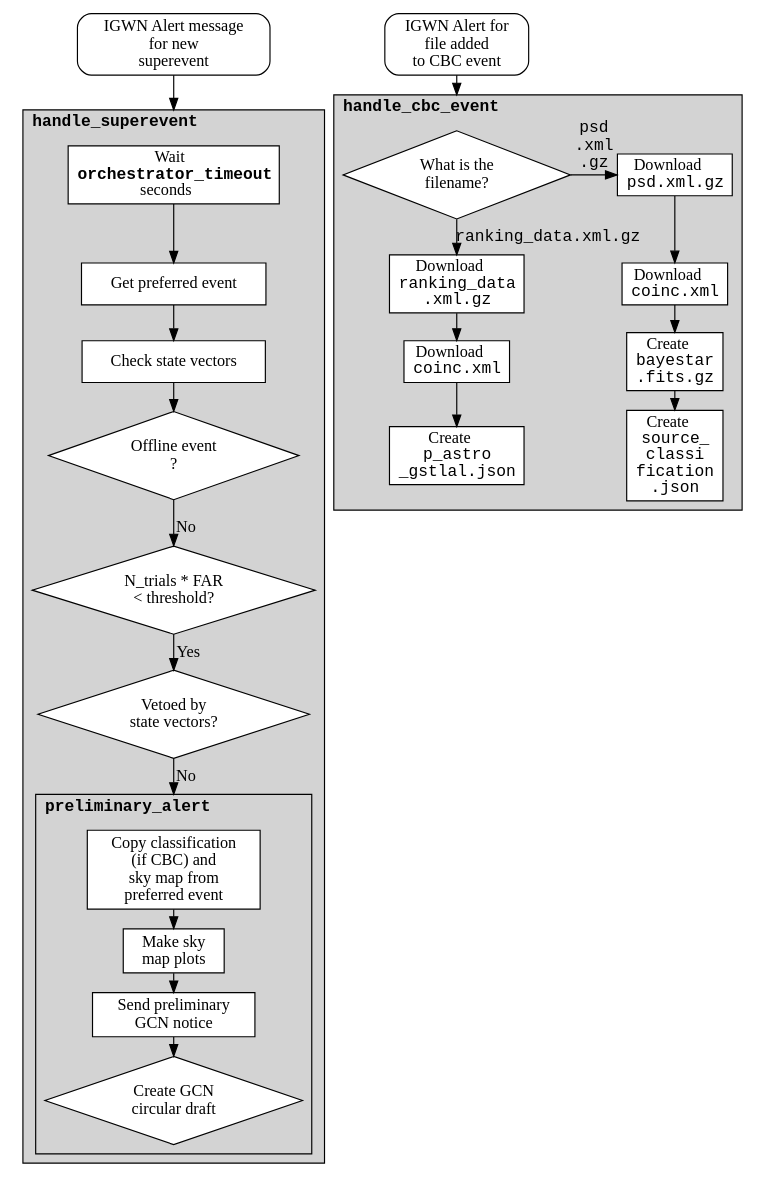
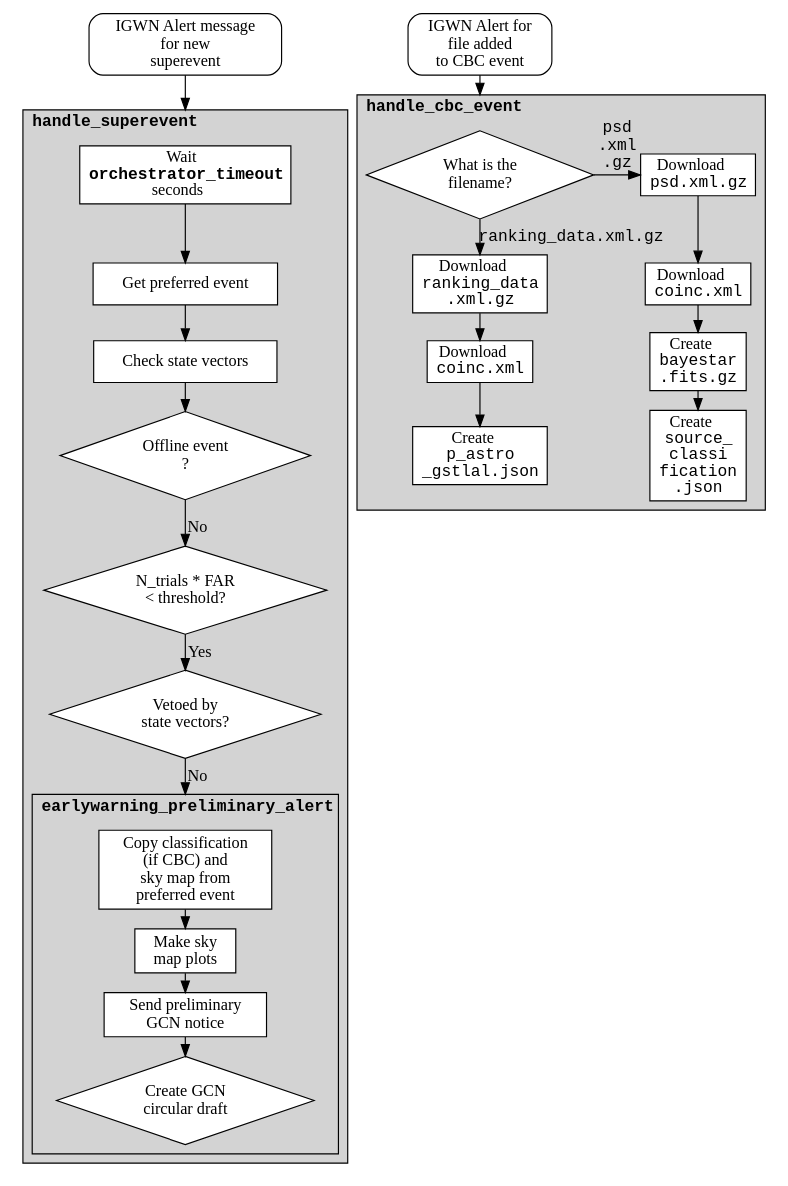
Before and after one commit to lpsinger/gwcelery: the first of 3 diagrams in doc/gwcelery.tasks.orchestrator.rst, drawn with Graphviz. The commit also changed other lines of this file, not shown here.

Commit message:
Update function names in docs

```diff
--- a/doc/gwcelery.tasks.orchestrator.rst
+++ b/doc/gwcelery.tasks.orchestrator.rst
@@ -34,4 +34,4 @@
-.. digraph:: preliminary_alert
+.. digraph:: earlywarning_preliminary_alert
 
     compound = true
     nodesep = 0.1
@@ -89,8 +89,8 @@
         ]
 
         subgraph cluster_preliminary_alert {
-            href = "../gwcelery.tasks.orchestrator.html#gwcelery.tasks.orchestrator.preliminary_alert"
-            label = <<B><FONT face="monospace">preliminary_alert</FONT></B>>
+            href = "../gwcelery.tasks.orchestrator.html#gwcelery.tasks.orchestrator.earlywarning_preliminary_alert"
+            label = <<B><FONT face="monospace">earlywarning_preliminary_alert</FONT></B>>
 
             copy_from_preferred_event [
                 label = "Copy classification\n(if CBC) and\nsky map from\npreferred event"
```
